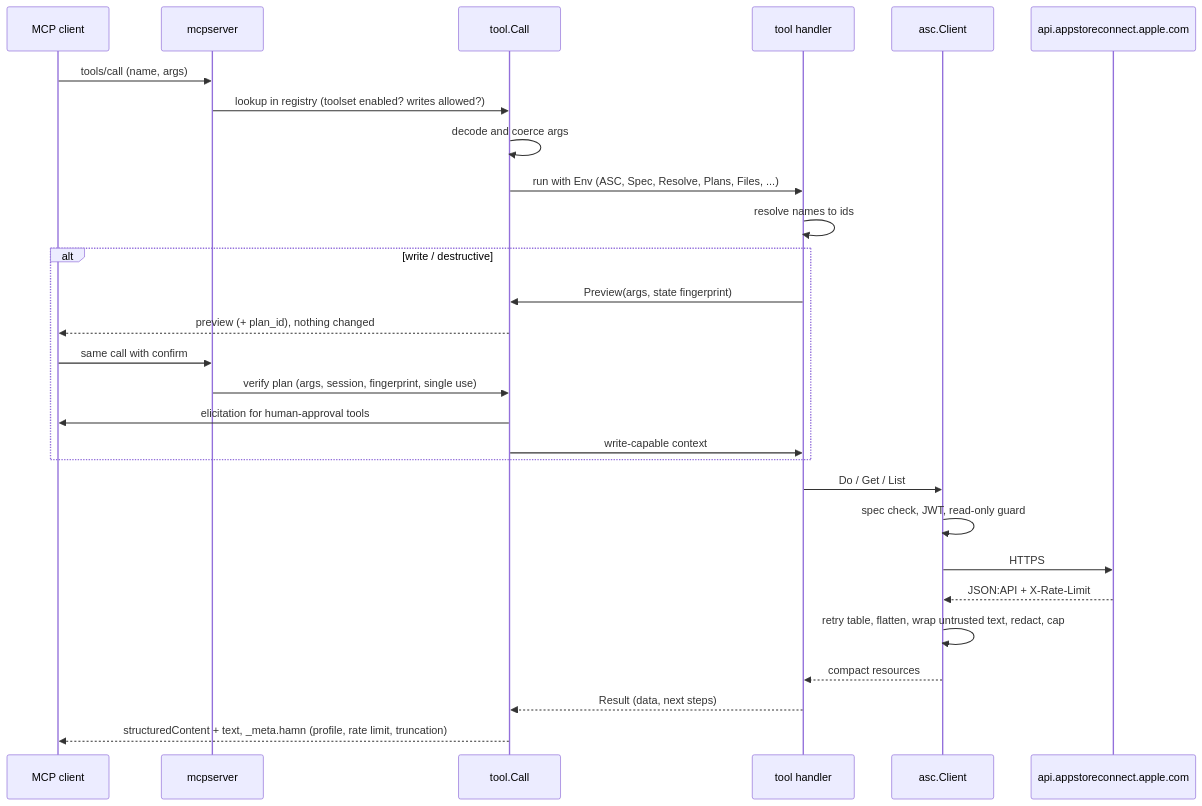
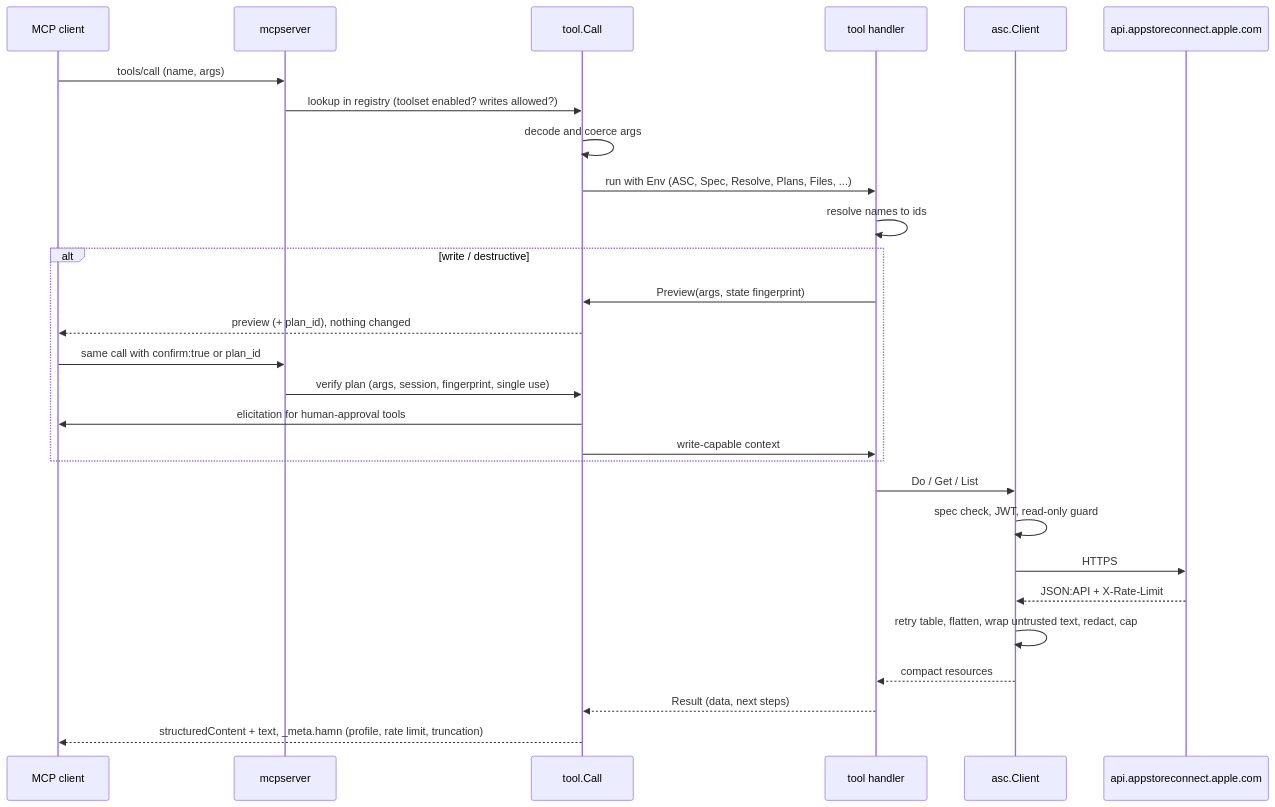
Before and after one commit to idoo/app-store-connect-mcp: the diagram in docs/ARCHITECTURE.md, drawn with Mermaid. The commit also changed 81 other files, not shown here.

````diff
--- a/docs/ARCHITECTURE.md
+++ b/docs/ARCHITECTURE.md
@@ -35,31 +35,31 @@
 ```mermaid
 sequenceDiagram
     participant C as MCP client
     participant S as mcpserver
     participant T as tool.Call
     participant H as tool handler
     participant A as asc.Client
     participant Apple as api.appstoreconnect.apple.com
 
     C->>S: tools/call (name, args)
     S->>T: lookup in registry (toolset enabled? writes allowed?)
     T->>T: decode and coerce args
     T->>H: run with Env (ASC, Spec, Resolve, Plans, Files, ...)
     H->>H: resolve names to ids
     alt write / destructive
         H->>T: Preview(args, state fingerprint)
         T-->>C: preview (+ plan_id), nothing changed
-        C->>S: same call with confirm
+        C->>S: same call with confirm:true or plan_id
         S->>T: verify plan (args, session, fingerprint, single use)
         T->>C: elicitation for human-approval tools
         T->>H: write-capable context
     end
     H->>A: Do / Get / List
     A->>A: spec check, JWT, read-only guard
     A->>Apple: HTTPS
     Apple-->>A: JSON:API + X-Rate-Limit
     A->>A: retry table, flatten, wrap untrusted text, redact, cap
     A-->>H: compact resources
     H-->>T: Result (data, next steps)
     T-->>C: structuredContent + text, _meta.hamn (profile, rate limit, truncation)
 ```
````
